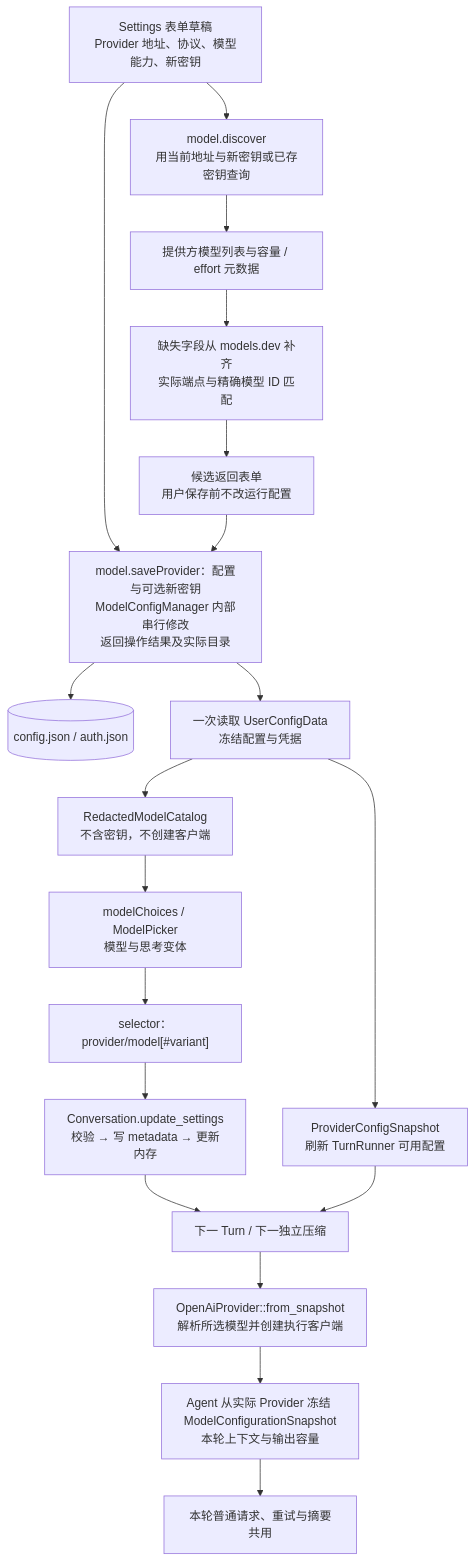
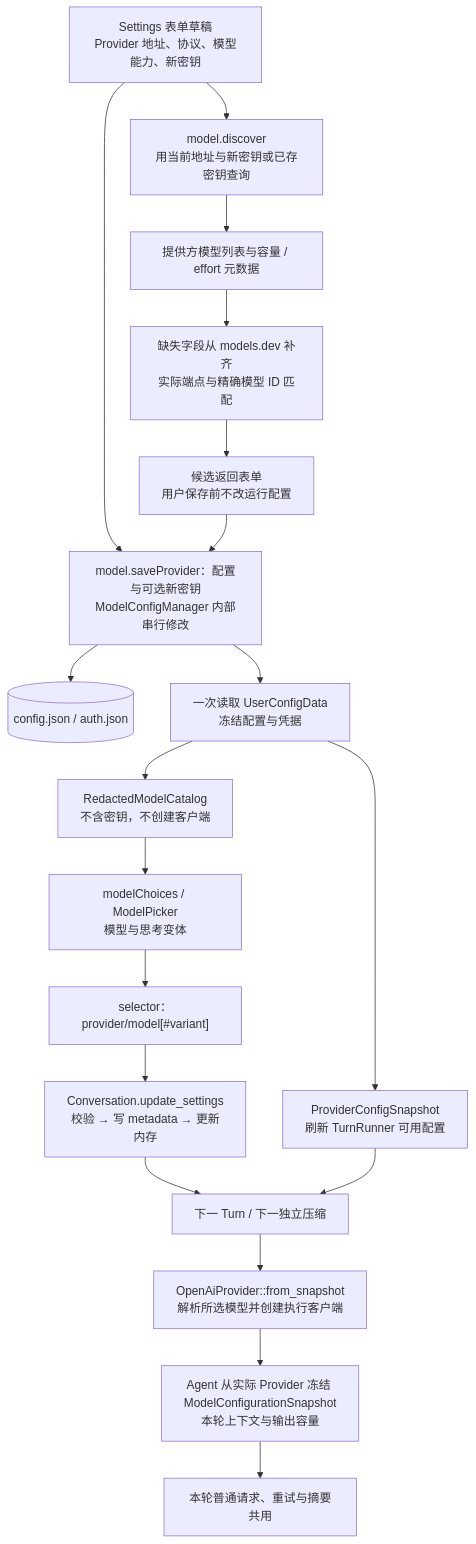
Diagram 17 of 28 in docs/architecture.md (qjcnmd/singularity-agent), drawn with Mermaid before and after one commit. The commit also changed other lines of this file, not shown here.

````diff
--- a/docs/architecture.md
+++ b/docs/architecture.md
@@ -520,21 +507,21 @@
 ```mermaid
 flowchart TB
     Form["Settings 表单草稿<br/>Provider 地址、协议、模型能力、新密钥"] --> Discover["model.discover<br/>用当前地址与新密钥或已存密钥查询"]
     Discover --> Remote["提供方模型列表与容量 / effort 元数据"]
     Remote --> Missing["缺失字段从 models.dev 补齐<br/>实际端点与精确模型 ID 匹配"]
     Missing --> Candidates["候选返回表单<br/>用户保存前不改运行配置"]
-    Form --> Save["model.saveProvider：配置与可选新密钥<br/>ModelConfigManager 内部串行修改<br/>返回操作结果及实际目录"]
+    Form --> Save["model.saveProvider：配置与可选新密钥<br/>ModelConfigManager 内部串行修改"]
     Candidates --> Save
     Save --> Disk[("config.json / auth.json")]
     Save --> Parsed["一次读取 UserConfigData<br/>冻结配置与凭据"]
     Parsed --> ProviderSnapshot["ProviderConfigSnapshot<br/>刷新 TurnRunner 可用配置"]
     Parsed --> Catalog["RedactedModelCatalog<br/>不含密钥，不创建客户端"]
     Catalog --> Picker["modelChoices / ModelPicker<br/>模型与思考变体"]
     Picker --> Selector["selector：provider/model[#variant]"]
     Selector --> Settings["Conversation.update_settings<br/>校验 → 写 metadata → 更新内存"]
     Settings --> Next["下一 Turn / 下一独立压缩"]
     ProviderSnapshot --> Next
     Next --> Factory["OpenAiProvider::from_snapshot<br/>解析所选模型并创建执行客户端"]
     Factory --> Frozen["Agent 从实际 Provider 冻结 ModelConfigurationSnapshot<br/>本轮上下文与输出容量"]
     Frozen --> Requests["本轮普通请求、重试与摘要共用"]
 ```
````
